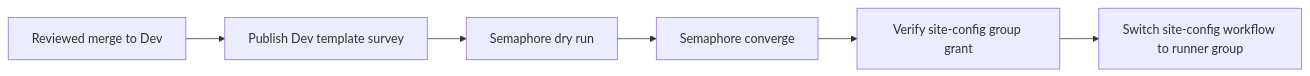
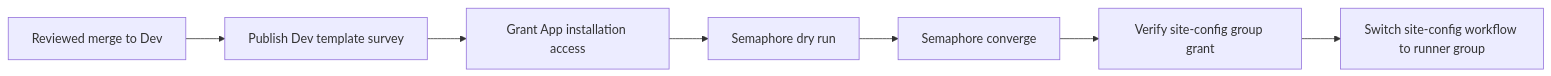
The diagram in plan/development/SITE-CONFIG-RUNNER-ACCESS.md (uhstray-io/agent-cloud), drawn with Mermaid before and after one commit. The commit also changed other lines of this file and 6 other files, not shown here.

Commit message:
Add Dev-bound runner App repository grant workflow

````diff
--- a/plan/development/SITE-CONFIG-RUNNER-ACCESS.md
+++ b/plan/development/SITE-CONFIG-RUNNER-ACCESS.md
@@ -19,8 +19,9 @@
 ```mermaid
 flowchart LR
     REVIEW["Reviewed merge to Dev"] --> SURVEY["Publish Dev template survey"]
-    SURVEY --> DRY["Semaphore dry run"]
+    SURVEY --> APP["Grant App installation access"]
+    APP --> DRY["Semaphore dry run"]
     DRY --> APPLY["Semaphore converge"]
     APPLY --> VERIFY["Verify site-config group grant"]
     VERIFY --> SWITCH["Switch site-config workflow to runner group"]
 ```
````
